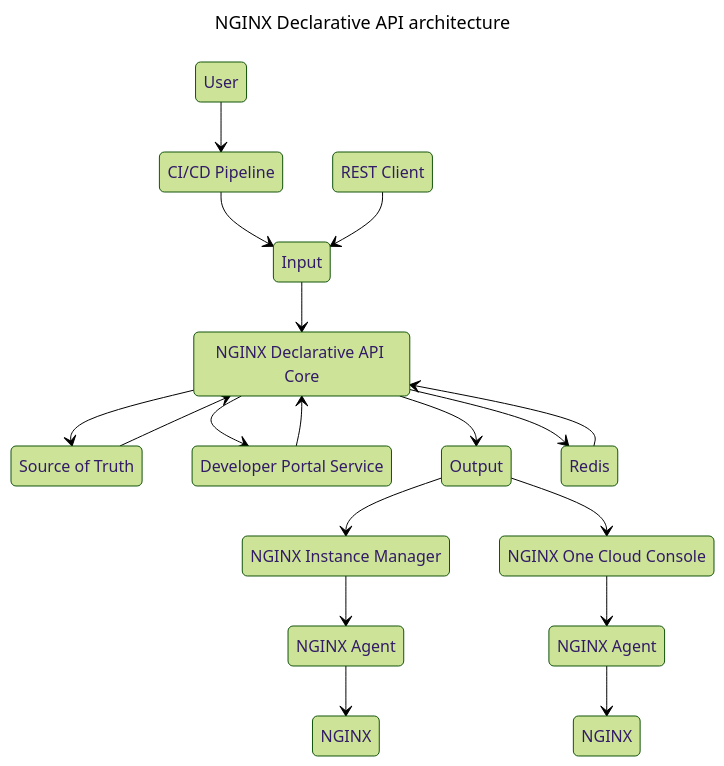
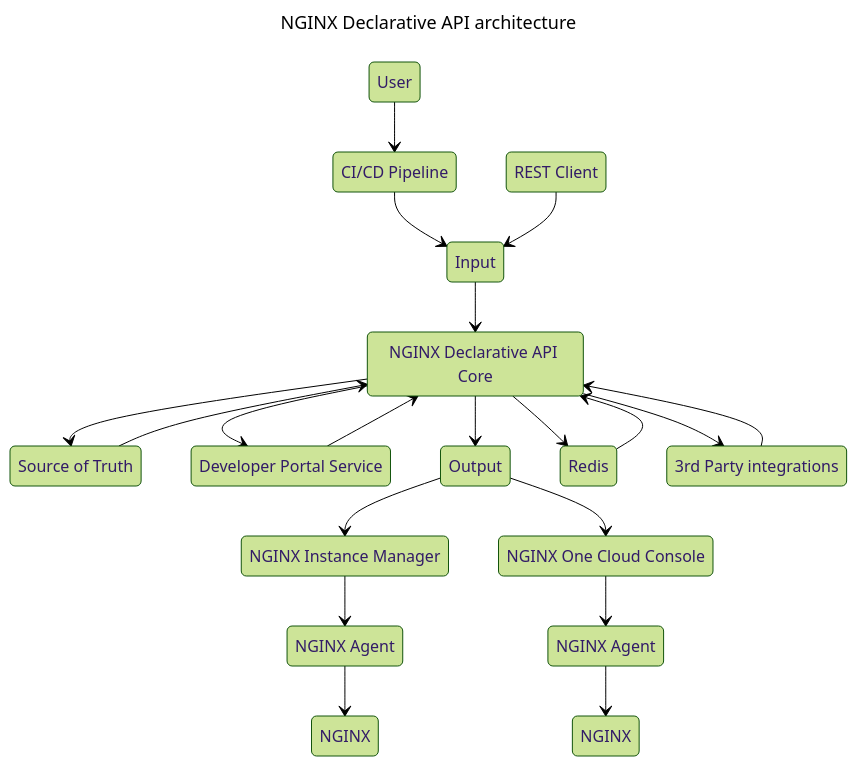
Before and after one commit to f5devcentral/NGINX-Declarative-API: the first of 2 diagrams in README.md, drawn with Mermaid (forest theme). The commit also changed 10 other files, not shown here.

````diff
--- a/README.md
+++ b/README.md
@@ -37,39 +37,42 @@
 ```mermaid
 ---
 title: NGINX Declarative API architecture
 ---
 stateDiagram-v2
     DevOps: User
     Client: REST Client
     Pipeline: CI/CD Pipeline
     NIM: NGINX Instance Manager
     N1: NGINX One Cloud Console
     AGENT1: NGINX Agent
     NGINX1: NGINX
     AGENT2: NGINX Agent
     NGINX2: NGINX
     INPUT: Input
     SOT: Source of Truth
     NDAPI: NGINX Declarative API Core
     DEVP: Developer Portal Service
     OUTPUT: Output
     REDIS: Redis
+    3RDPARTY: 3rd Party integrations
 
     DevOps --> Pipeline
     Pipeline --> INPUT
     Client --> INPUT
     INPUT --> NDAPI
     NDAPI --> OUTPUT
     NDAPI --> SOT
     SOT --> NDAPI
+    NDAPI --> 3RDPARTY
+    3RDPARTY --> NDAPI
     NDAPI --> REDIS
     REDIS --> NDAPI
     OUTPUT --> NIM
     OUTPUT --> N1
     NDAPI --> DEVP
     DEVP --> NDAPI
     NIM --> AGENT1
     AGENT1 --> NGINX1
     N1 --> AGENT2
     AGENT2 --> NGINX2
 ```
````
